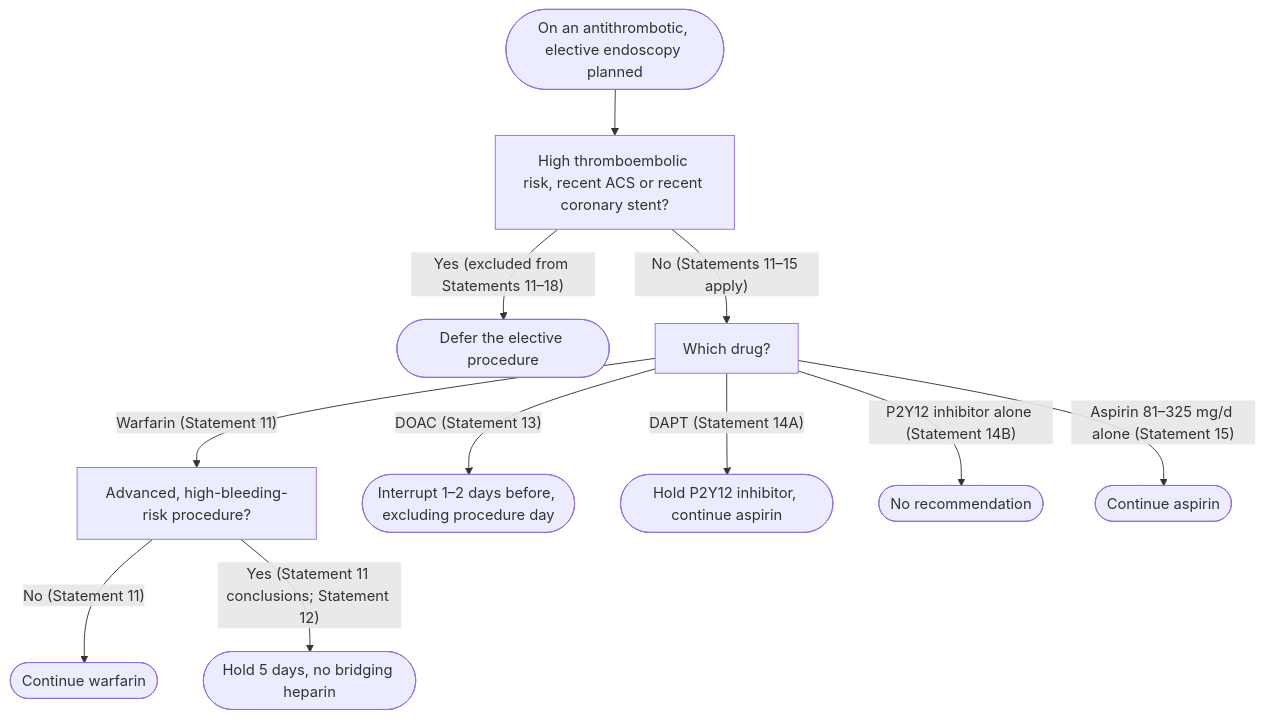
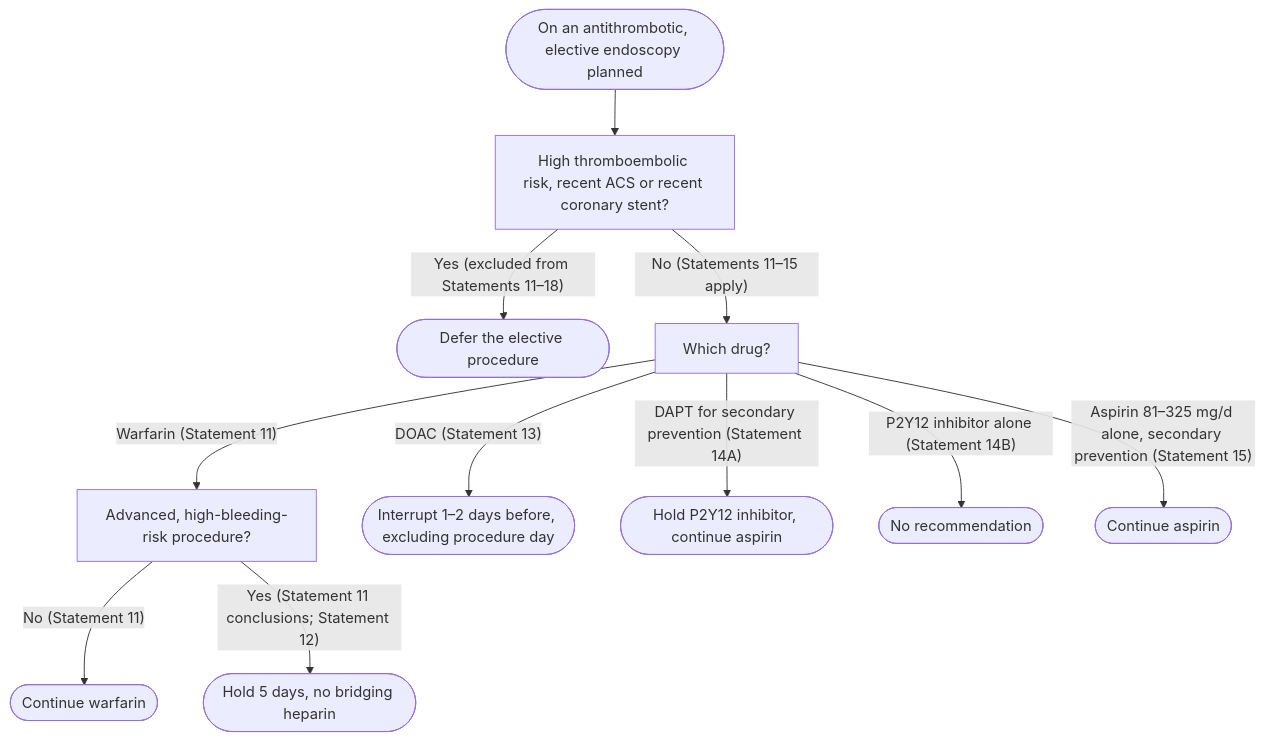
Before and after one commit to KHNickLeMD/KHNL-GI-Wiki: the diagram in KHNL-GI-Wiki/wiki/7-concepts/anticoagulation-gi-bleeding.md, drawn with Mermaid. The commit also changed other lines of this file and 6 other files, not shown here.

````diff
--- a/KHNL-GI-Wiki/wiki/7-concepts/anticoagulation-gi-bleeding.md
+++ b/KHNL-GI-Wiki/wiki/7-concepts/anticoagulation-gi-bleeding.md
@@ -105,17 +105,17 @@
 ```mermaid
 flowchart TD
     A(["On an antithrombotic, elective endoscopy planned"]) --> B["High thromboembolic risk, recent ACS or recent coronary stent?"]
     B -- "Yes (excluded from Statements 11–18)" --> C(["Defer the elective procedure"])
     B -- "No (Statements 11–15 apply)" --> D["Which drug?"]
     D -- "Warfarin (Statement 11)" --> E["Advanced, high-bleeding-risk procedure?"]
     E -- "No (Statement 11)" --> F(["Continue warfarin"])
     E -- "Yes (Statement 11 conclusions; Statement 12)" --> G(["Hold 5 days, no bridging heparin"])
     D -- "DOAC (Statement 13)" --> H(["Interrupt 1–2 days before, excluding procedure day"])
-    D -- "DAPT (Statement 14A)" --> I(["Hold P2Y12 inhibitor, continue aspirin"])
+    D -- "DAPT for secondary prevention (Statement 14A)" --> I(["Hold P2Y12 inhibitor, continue aspirin"])
     D -- "P2Y12 inhibitor alone (Statement 14B)" --> J(["No recommendation"])
-    D -- "Aspirin 81–325 mg/d alone (Statement 15)" --> K(["Continue aspirin"])
+    D -- "Aspirin 81–325 mg/d alone, secondary prevention (Statement 15)" --> K(["Continue aspirin"])
     class A start
     class B,D,E test
     class F,G,H,I,K act
     class C,J stop
 ```
````
